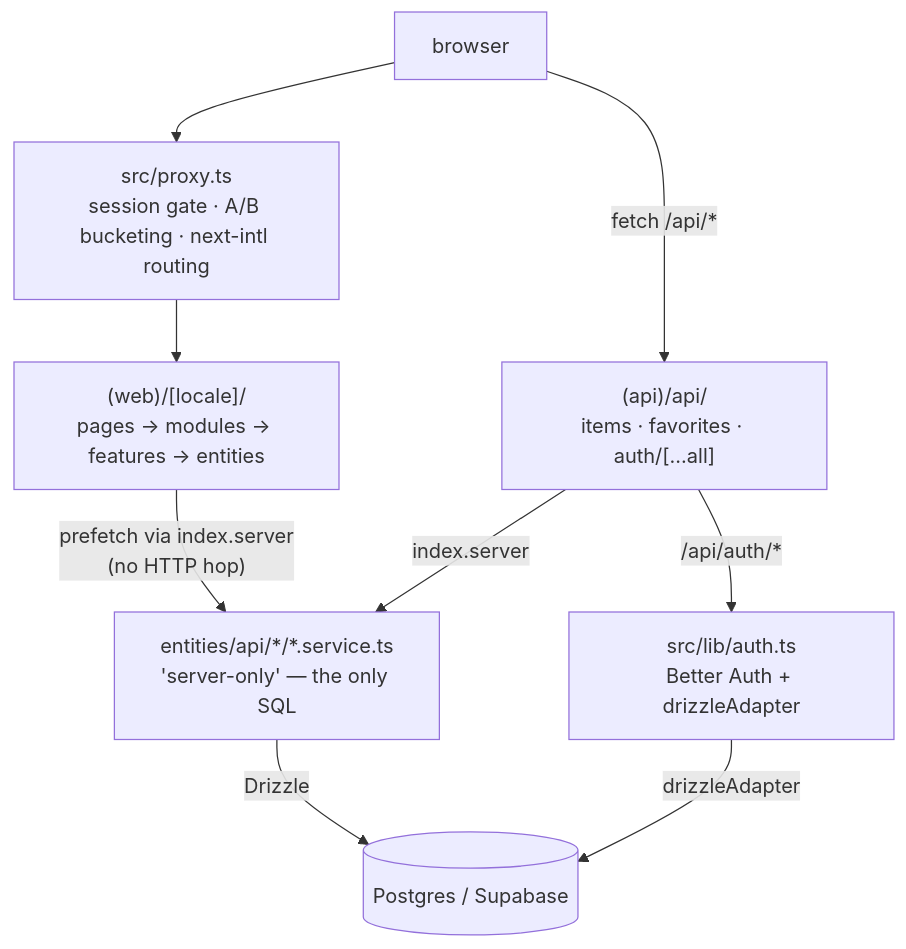
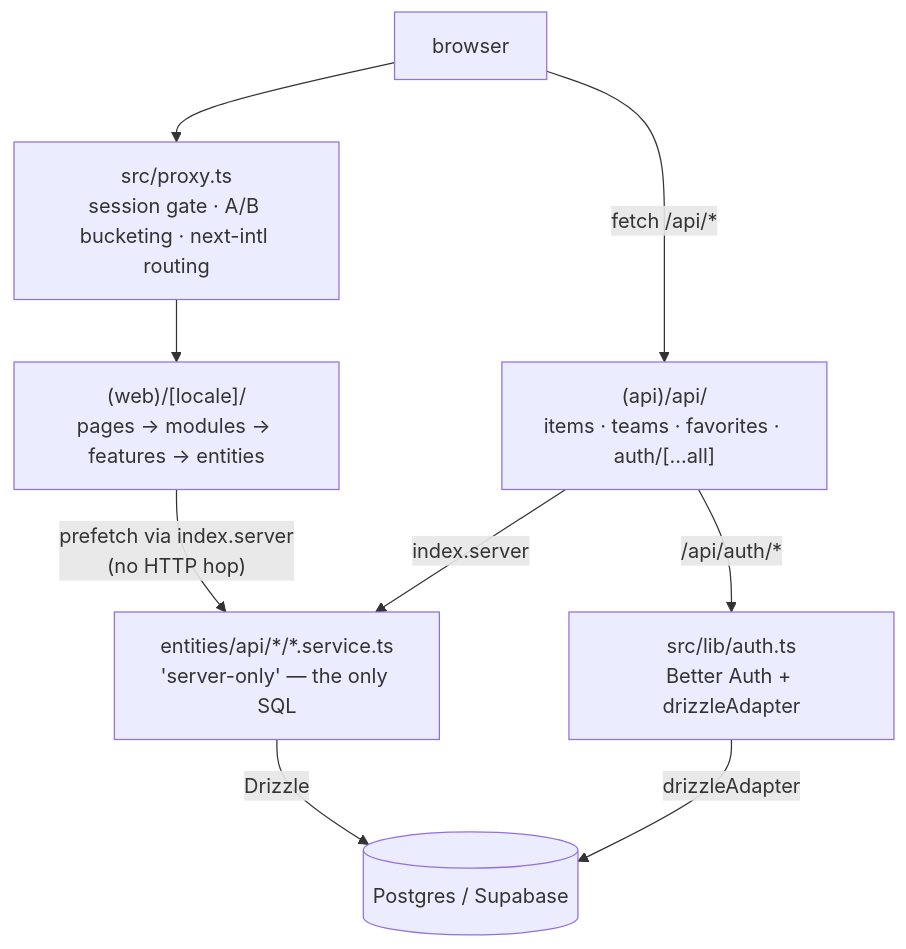
Before and after one commit to VladyslavShevchuk06/homework: the diagram in .claude/wiki/index.md, drawn with Mermaid. The commit also changed other lines of this file and 34 other files, not shown here.

````diff
--- a/.claude/wiki/index.md
+++ b/.claude/wiki/index.md
@@ -20,19 +20,19 @@
 ```mermaid
 graph TD
   BROWSER["browser"]
   PROXY["src/proxy.ts<br/>session gate · A/B bucketing · next-intl routing"]
   WEB["(web)/[locale]/<br/>pages → modules → features → entities"]
-  API["(api)/api/<br/>items · favorites · auth/[...all]"]
+  API["(api)/api/<br/>items · teams · favorites · auth/[...all]"]
   SVC["entities/api/*/*.service.ts<br/>'server-only' — the only SQL"]
   AUTH["src/lib/auth.ts<br/>Better Auth + drizzleAdapter"]
   DB[("Postgres / Supabase")]
 
   BROWSER --> PROXY
   PROXY --> WEB
   BROWSER -- "fetch /api/*" --> API
   WEB -- "prefetch via index.server<br/>(no HTTP hop)" --> SVC
   API -- "index.server" --> SVC
   API -- "/api/auth/*" --> AUTH
   SVC -- "Drizzle" --> DB
   AUTH -- "drizzleAdapter" --> DB
 ```
````
